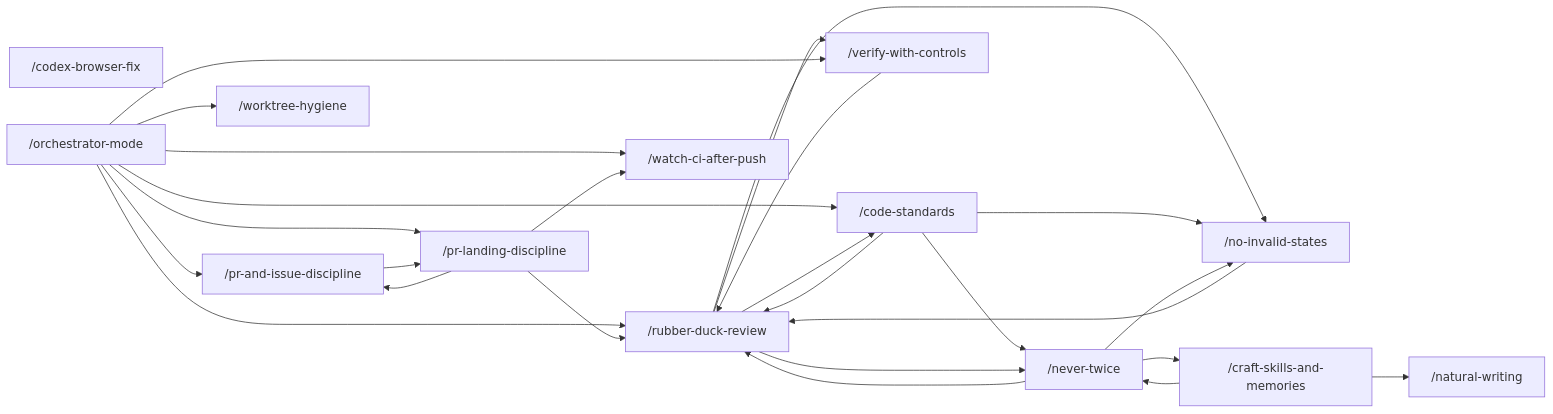
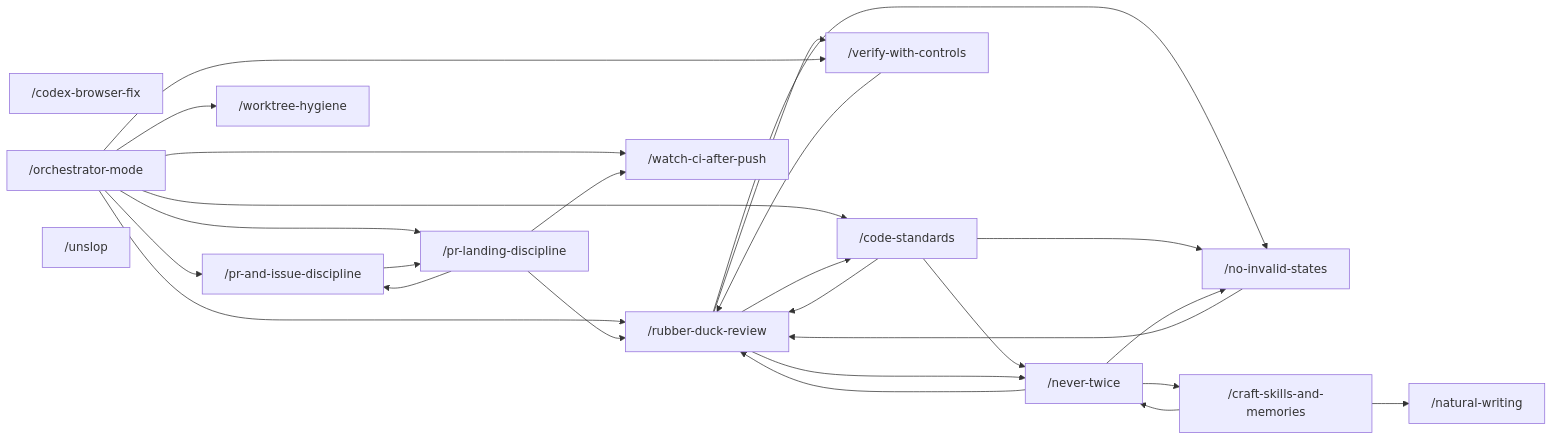
The diagram in README.md (Vivswan/skills), drawn with Mermaid before and after one commit. The commit also changed other lines of this file and 19 other files, not shown here.

````diff
--- a/README.md
+++ b/README.md
@@ -38,29 +44,30 @@
 ```mermaid
 graph LR
   cbf["/codex-browser-fix"]
   om["/orchestrator-mode"] --> rdr["/rubber-duck-review"]
   om --> wca["/watch-ci-after-push"]
   om --> cs["/code-standards"]
   om --> pid["/pr-and-issue-discipline"]
   om --> pld["/pr-landing-discipline"]
   om --> wh["/worktree-hygiene"]
   pid --> pld
   pld --> pid
   pld --> wca
   pld --> rdr
   cs --> rdr
   cs --> nt
   rdr --> cs
   rdr --> nis["/no-invalid-states"]
   rdr --> nt
   rdr --> vwc
   nis --> rdr
   cs --> nis
   nt["/never-twice"] --> rdr
   nt --> nis
   nt --> csm
   om --> vwc["/verify-with-controls"]
   vwc --> rdr
   csm["/craft-skills-and-memories"] --> nw["/natural-writing"]
+  us["/unslop"]
   csm --> nt
 ```
````
